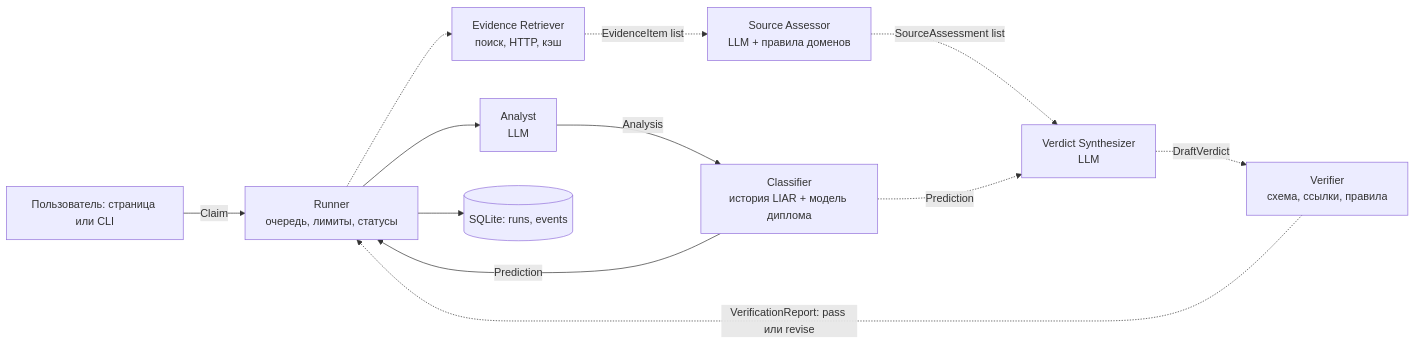
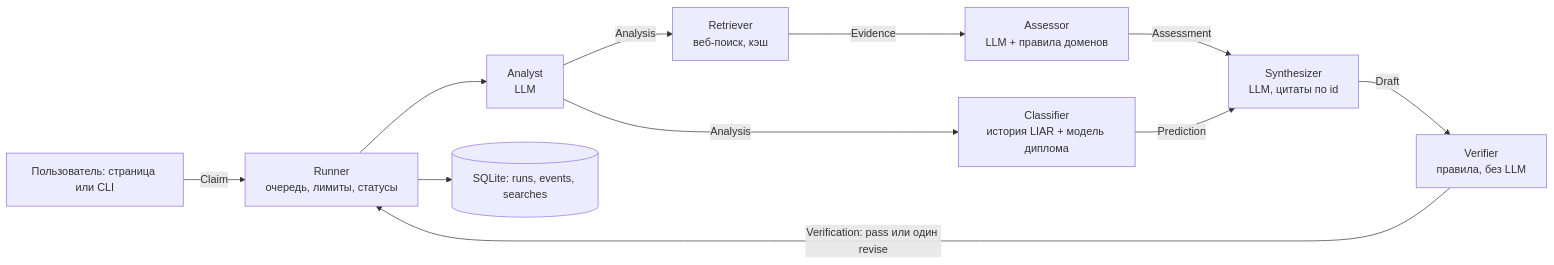
One commit to nihsioK/multi-agent-disinformation-detection changed the diagram in docs/ARCHITECTURE.md. Above: the diagram before and after it, drawn with Mermaid. The commit also changed other lines of this file and 19 other files, not shown here.

````diff
--- a/docs/ARCHITECTURE.md
+++ b/docs/ARCHITECTURE.md
@@ -17,14 +17,13 @@
 ```mermaid
 flowchart LR
   U[Пользователь: страница или CLI] -->|Claim| R[Runner<br/>очередь, лимиты, статусы]
   R --> A[Analyst<br/>LLM]
+  A -->|Analysis| E[Retriever<br/>веб-поиск, кэш]
   A -->|Analysis| C[Classifier<br/>история LIAR + модель диплома]
-  C -->|Prediction| R
-  R -.-> E[Evidence Retriever<br/>поиск, HTTP, кэш]
-  E -.->|EvidenceItem list| S[Source Assessor<br/>LLM + правила доменов]
-  S -.->|SourceAssessment list| V[Verdict Synthesizer<br/>LLM]
-  C -.->|Prediction| V
-  V -.->|DraftVerdict| Q[Verifier<br/>схема, ссылки, правила]
-  Q -.->|VerificationReport: pass или revise| R
-  R --> DB[(SQLite: runs, events)]
+  E -->|Evidence| S[Assessor<br/>LLM + правила доменов]
+  S -->|Assessment| V[Synthesizer<br/>LLM, цитаты по id]
+  C -->|Prediction| V
+  V -->|Draft| Q[Verifier<br/>правила, без LLM]
+  Q -->|Verification: pass или один revise| R
+  R --> DB[(SQLite: runs, events, searches)]
 ```
````
